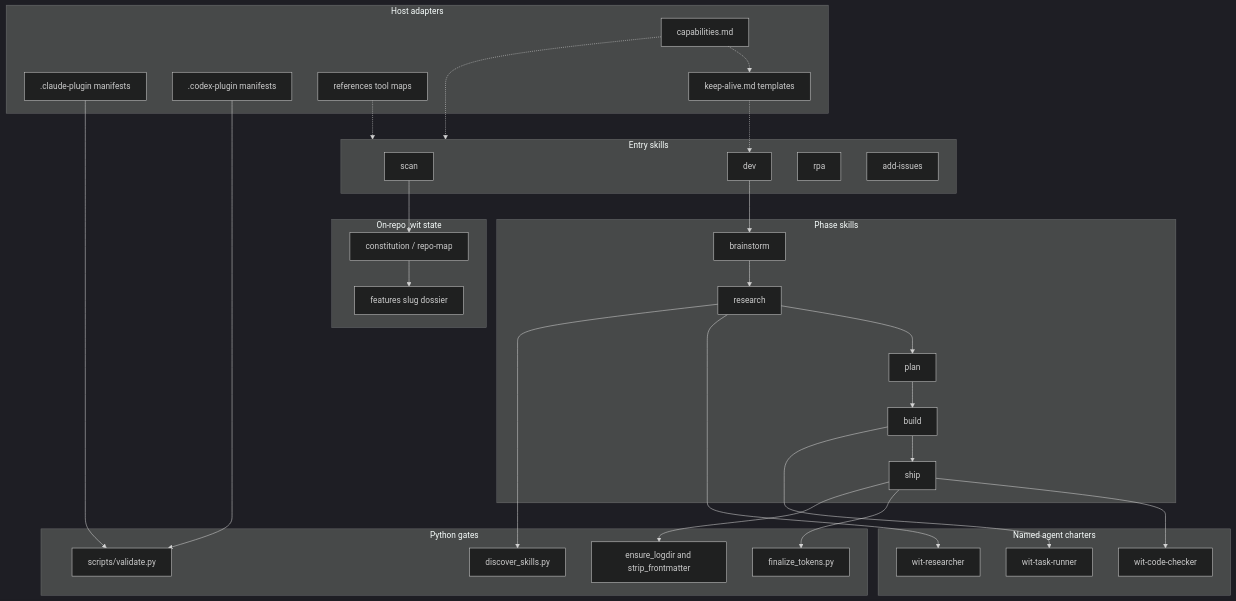
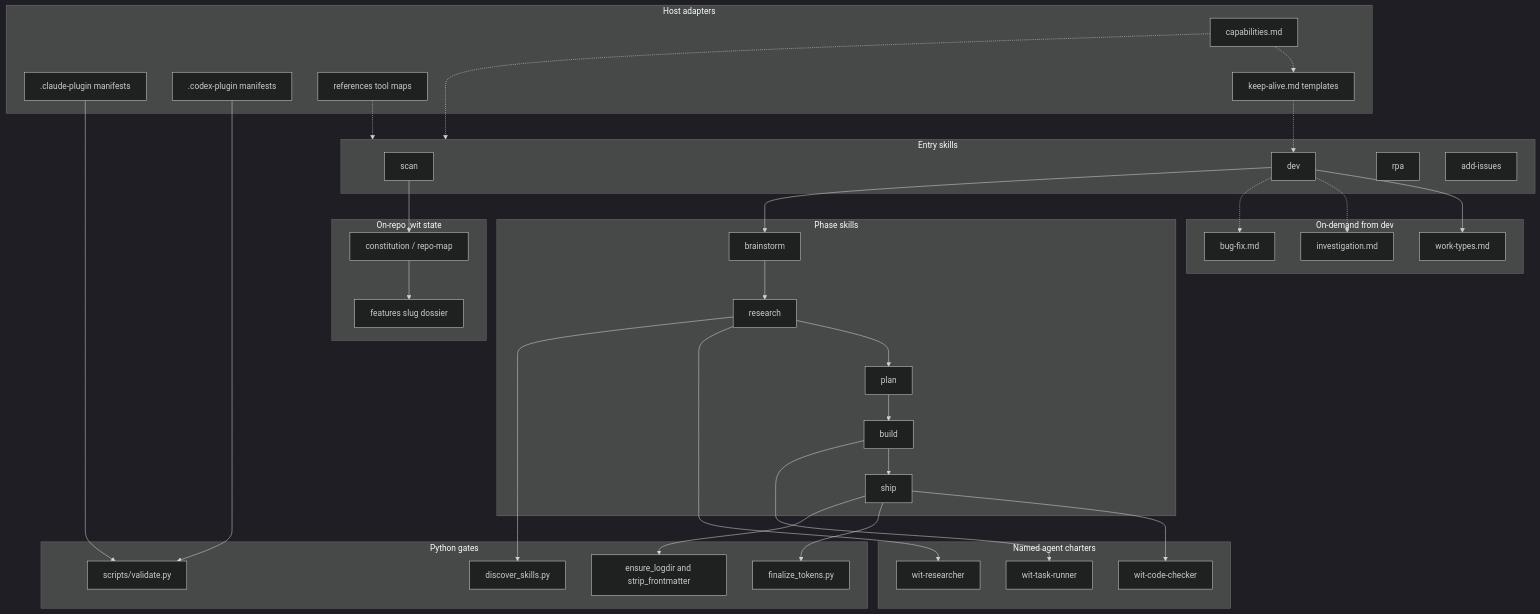
Before and after one commit to Wittenberger-Industries/witloop: the diagram in .wit/architecture.md, drawn with Mermaid (dark theme). The commit also changed other lines of this file and 50 other files, not shown here.

````diff
--- a/.wit/architecture.md
+++ b/.wit/architecture.md
@@ -11,57 +11,65 @@
 ```mermaid
 flowchart TD
   subgraph hosts["Host adapters"]
     claude_mf[".claude-plugin manifests"]
     codex_mf[".codex-plugin manifests"]
     caps["capabilities.md"]
     toolmaps["references tool maps"]
     keepalive["keep-alive.md templates"]
   end
   subgraph entry["Entry skills"]
     scan_sk["scan"]
     dev_sk["dev"]
     rpa_sk["rpa"]
     addissues["add-issues"]
   end
   subgraph phases["Phase skills"]
     brainstorm_sk["brainstorm"]
     research_sk["research"]
     plan_sk["plan"]
     build_sk["build"]
     ship_sk["ship"]
   end
   subgraph named["Named agent charters"]
     researcher["wit-researcher"]
     runner["wit-task-runner"]
     checker["wit-code-checker"]
   end
   subgraph py["Python gates"]
     validate_py["scripts/validate.py"]
     token_py["finalize_tokens.py"]
     posix_py["ensure_logdir and strip_frontmatter"]
     discover_py["discover_skills.py"]
   end
   subgraph onrepo["On-repo .wit state"]
     constitution["constitution / repo-map"]
     featuredir["features slug dossier"]
   end
+  subgraph ondemand["On-demand from dev"]
+    worktypes_md["work-types.md"]
+    investigation_md["investigation.md"]
+    bugfix_md["bug-fix.md"]
+  end
   scan_sk --> constitution
+  dev_sk --> worktypes_md
+  dev_sk -.-> investigation_md
+  dev_sk -.-> bugfix_md
   dev_sk --> brainstorm_sk
   brainstorm_sk --> research_sk
   research_sk --> plan_sk
   plan_sk --> build_sk
   build_sk --> ship_sk
   research_sk --> researcher
   build_sk --> runner
   ship_sk --> checker
   ship_sk --> token_py
   ship_sk --> posix_py
   research_sk --> discover_py
   caps -.-> entry
   caps -.-> keepalive
   toolmaps -.-> entry
   keepalive -.-> dev_sk
   claude_mf --> validate_py
   codex_mf --> validate_py
   constitution --> featuredir
 ```
````
